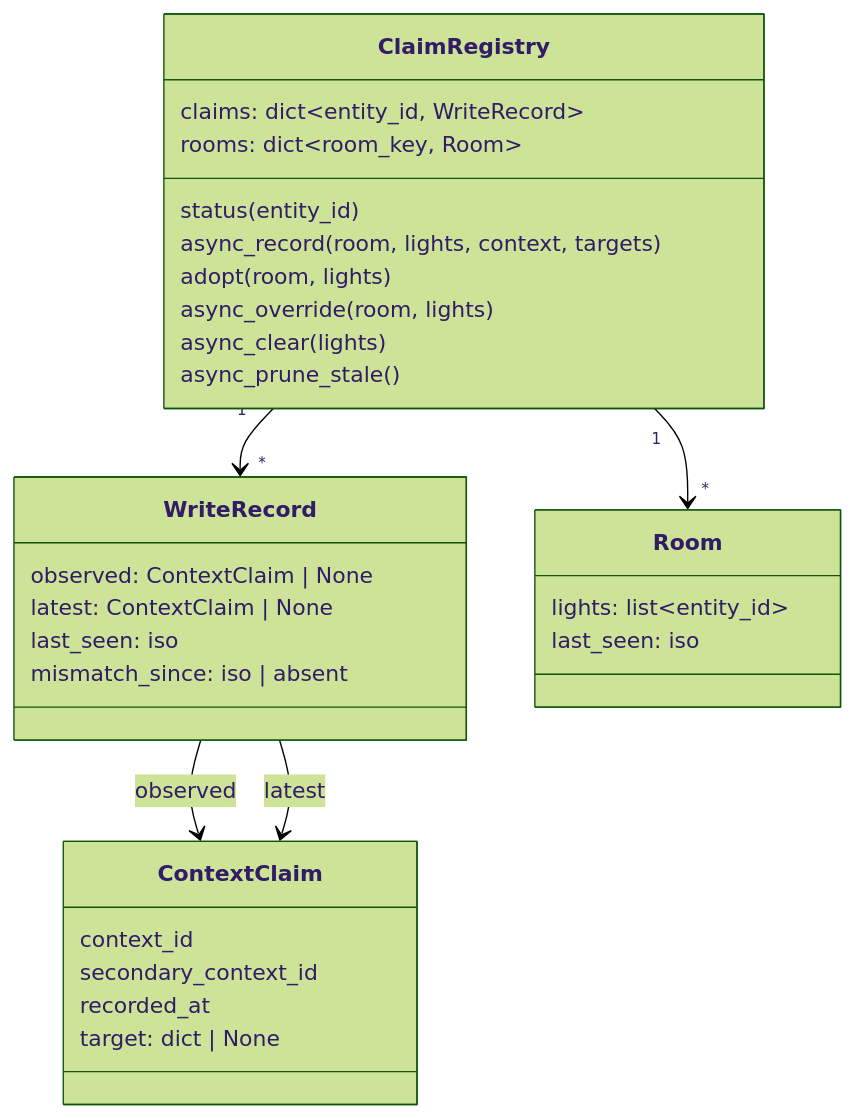
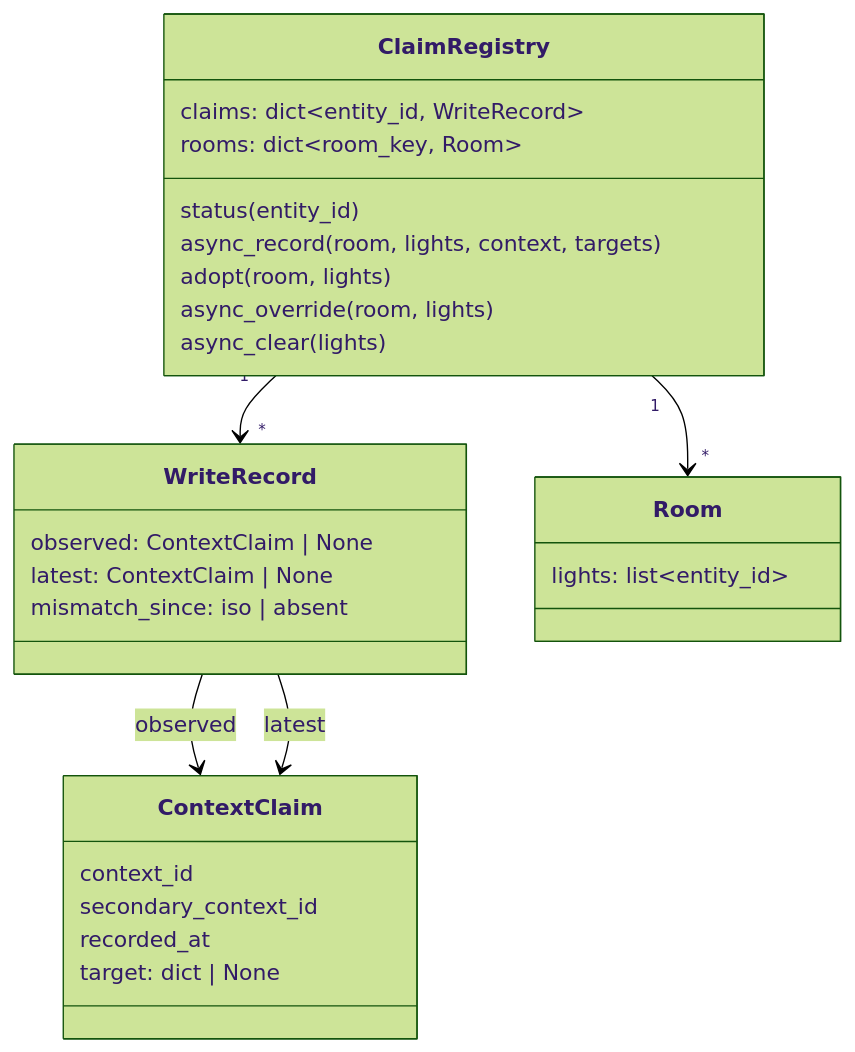
The first of 4 diagrams in docs/architecture/claims.md (danrspencer/flare), drawn with Mermaid (forest theme) before and after one commit. The commit also changed other lines of this file and 5 other files, not shown here.

````diff
--- a/docs/architecture/claims.md
+++ b/docs/architecture/claims.md
@@ -37,33 +37,30 @@
 ```mermaid
 classDiagram
     class ClaimRegistry {
         claims: dict~entity_id, WriteRecord~
         rooms: dict~room_key, Room~
         status(entity_id)
         async_record(room, lights, context, targets)
         adopt(room, lights)
         async_override(room, lights)
         async_clear(lights)
-        async_prune_stale()
     }
     class WriteRecord {
         observed: ContextClaim | None
         latest: ContextClaim | None
-        last_seen: iso
         mismatch_since: iso | absent
     }
     class ContextClaim {
         context_id
         secondary_context_id
         recorded_at
         target: dict | None
     }
     class Room {
         lights: list~entity_id~
-        last_seen: iso
     }
     ClaimRegistry "1" --> "*" WriteRecord
     ClaimRegistry "1" --> "*" Room
     WriteRecord --> ContextClaim : observed
     WriteRecord --> ContextClaim : latest
 ```
````
